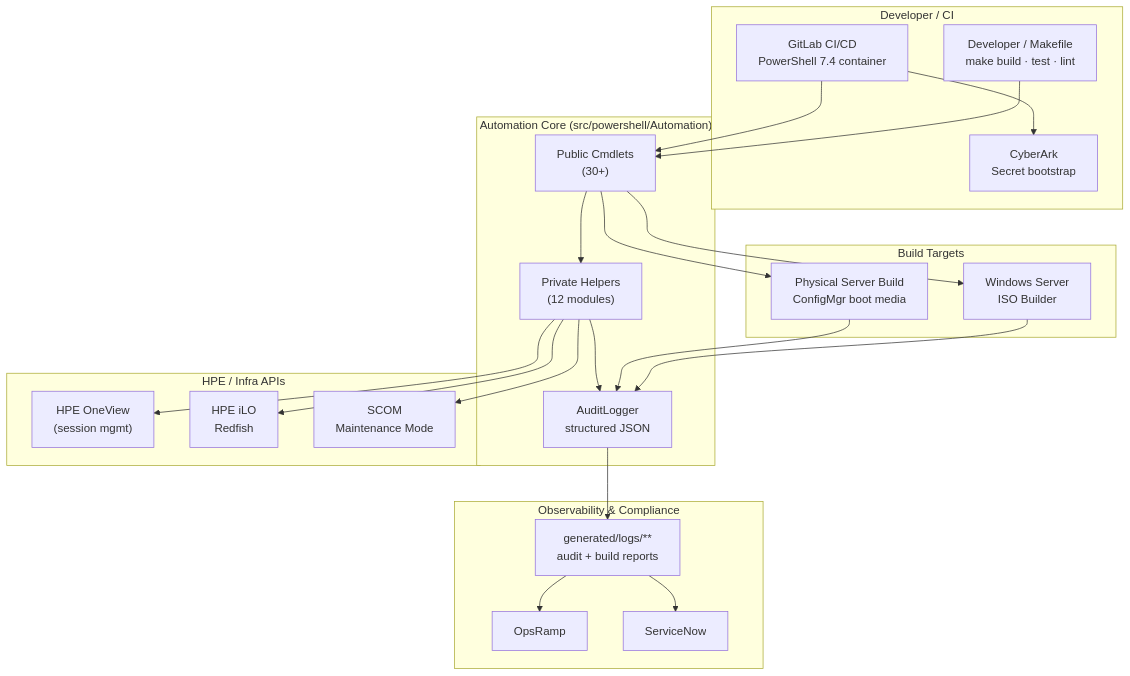
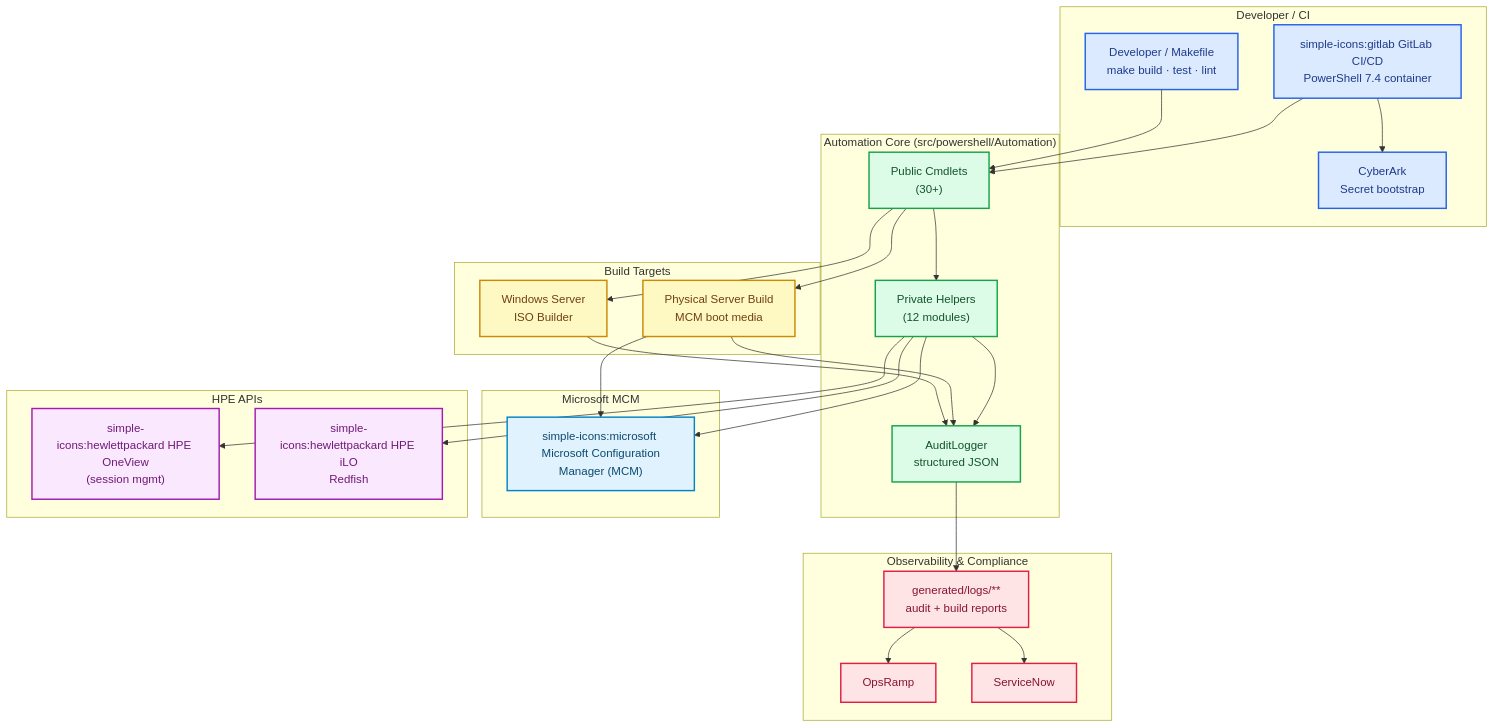
The diagram in README.md (keverall/image-build-automation), drawn with Mermaid before and after one commit.

Commit message:
Update flowchart in README to reflect Microsoft Configuration Manager and enhance icon usage

````diff
--- a/README.md
+++ b/README.md
@@ -7,47 +7,65 @@
 ```mermaid
 flowchart TB
     subgraph Dev["Developer / CI"]
         DevCLI["Developer / Makefile<br/>make build · test · lint"]
-        GL["GitLab CI/CD<br/>PowerShell 7.4 container"]
+        GL["simple-icons:gitlab GitLab CI/CD<br/>PowerShell 7.4 container"]
         CA["CyberArk<br/>Secret bootstrap"]
     end
 
     subgraph Core["Automation Core (src/powershell/Automation)"]
         Pub["Public Cmdlets<br/>(30+)"]
         Priv["Private Helpers<br/>(12 modules)"]
         Audit["AuditLogger<br/>structured JSON"]
     end
 
     subgraph Targets["Build Targets"]
         ISO["Windows Server<br/>ISO Builder"]
-        Phys["Physical Server Build<br/>ConfigMgr boot media"]
+        Phys["Physical Server Build<br/>MCM boot media"]
     end
 
-    subgraph HPE["HPE / Infra APIs"]
-        OV["HPE OneView<br/>(session mgmt)"]
-        iLO["HPE iLO<br/>Redfish"]
-        SCOM["SCOM<br/>Maintenance Mode"]
+    subgraph MS["Microsoft MCM"]
+        MCM["simple-icons:microsoft Microsoft Configuration<br/>Manager (MCM)"]
+    end
+
+    subgraph HPE["HPE APIs"]
+        OV["simple-icons:hewlettpackard HPE OneView<br/>(session mgmt)"]
+        iLO["simple-icons:hewlettpackard HPE iLO<br/>Redfish"]
     end
 
     subgraph Observe["Observability & Compliance"]
         Ops["OpsRamp"]
         SNOW["ServiceNow"]
         Logs["generated/logs/**<br/>audit + build reports"]
     end
 
     DevCLI --> Pub
     GL --> CA
     GL --> Pub
     Pub --> Priv
     Priv --> OV
     Priv --> iLO
-    Priv --> SCOM
+    Priv --> MCM
     Pub --> ISO
     Pub --> Phys
+    Phys --> MCM
     ISO --> Audit
     Phys --> Audit
     Priv --> Audit
     Audit --> Logs
     Logs --> Ops
     Logs --> SNOW
+
+    classDef dev fill:#dbeafe,stroke:#2563eb,stroke-width:2px,color:#1e3a8a;
+    classDef core fill:#dcfce7,stroke:#16a34a,stroke-width:2px,color:#14532d;
+    classDef target fill:#fef9c3,stroke:#ca8a04,stroke-width:2px,color:#713f12;
+    classDef ms fill:#e0f2fe,stroke:#0284c7,stroke-width:2px,color:#0c4a6e;
+    classDef hpe fill:#fae8ff,stroke:#a21caf,stroke-width:2px,color:#701a75;
+    classDef obs fill:#ffe4e6,stroke:#e11d48,stroke-width:2px,color:#881337;
+
+    class DevCLI,GL,CA dev;
+    class Pub,Priv,Audit core;
+    class ISO,Phys target;
+    class MCM ms;
+    class OV,iLO hpe;
+    class Ops,SNOW,Logs obs;
 ```
````
